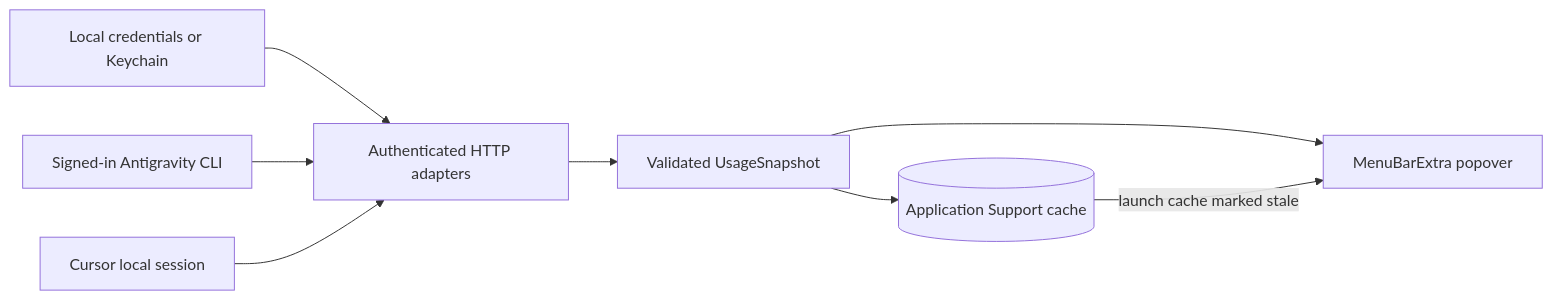
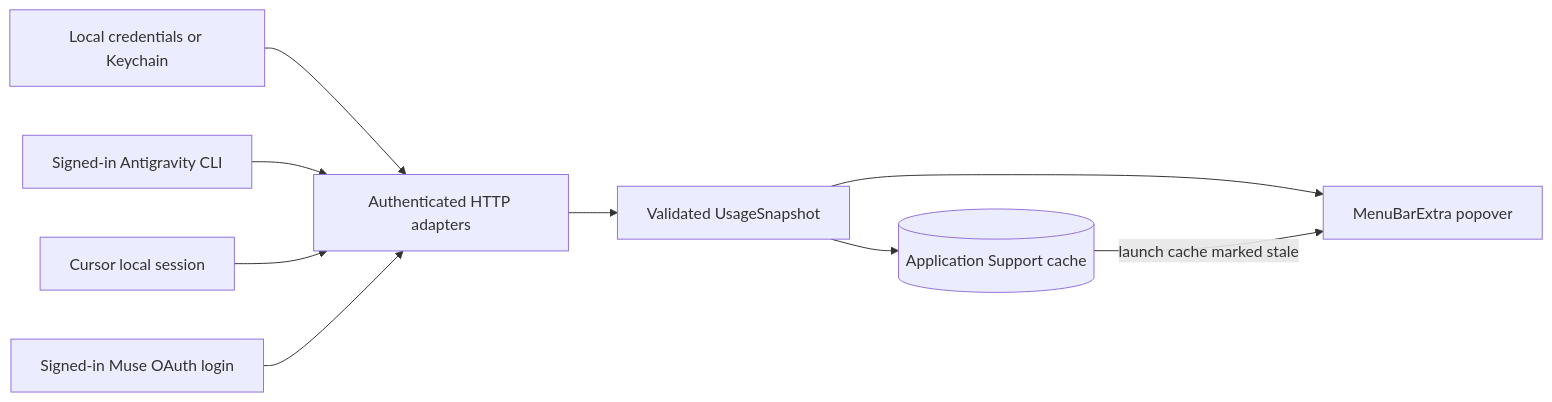
The diagram in packages/docs/wiki/src/content/docs/explanation/quotabar.md (shepherdjerred/monorepo), drawn with Mermaid before and after one commit. The commit also changed other lines of this file and 25 other files, not shown here.

````diff
--- a/packages/docs/wiki/src/content/docs/explanation/quotabar.md
+++ b/packages/docs/wiki/src/content/docs/explanation/quotabar.md
@@ -16,13 +16,14 @@
 ```mermaid
 flowchart LR
   accTitle: Brim quota flow
   accDescr: Provider-owned local sign-ins feed isolated adapters; validated usage snapshots are persisted and rendered as compact menu-bar sections.
 
   C[Local credentials or Keychain] --> A[Authenticated HTTP adapters]
   G[Signed-in Antigravity CLI] --> A
   S[Cursor local session] --> A
+  M[Signed-in Muse OAuth login] --> A
   A --> V[Validated UsageSnapshot]
   V --> P[(Application Support cache)]
   V --> U[MenuBarExtra popover]
   P -->|launch cache marked stale| U
 ```
````
